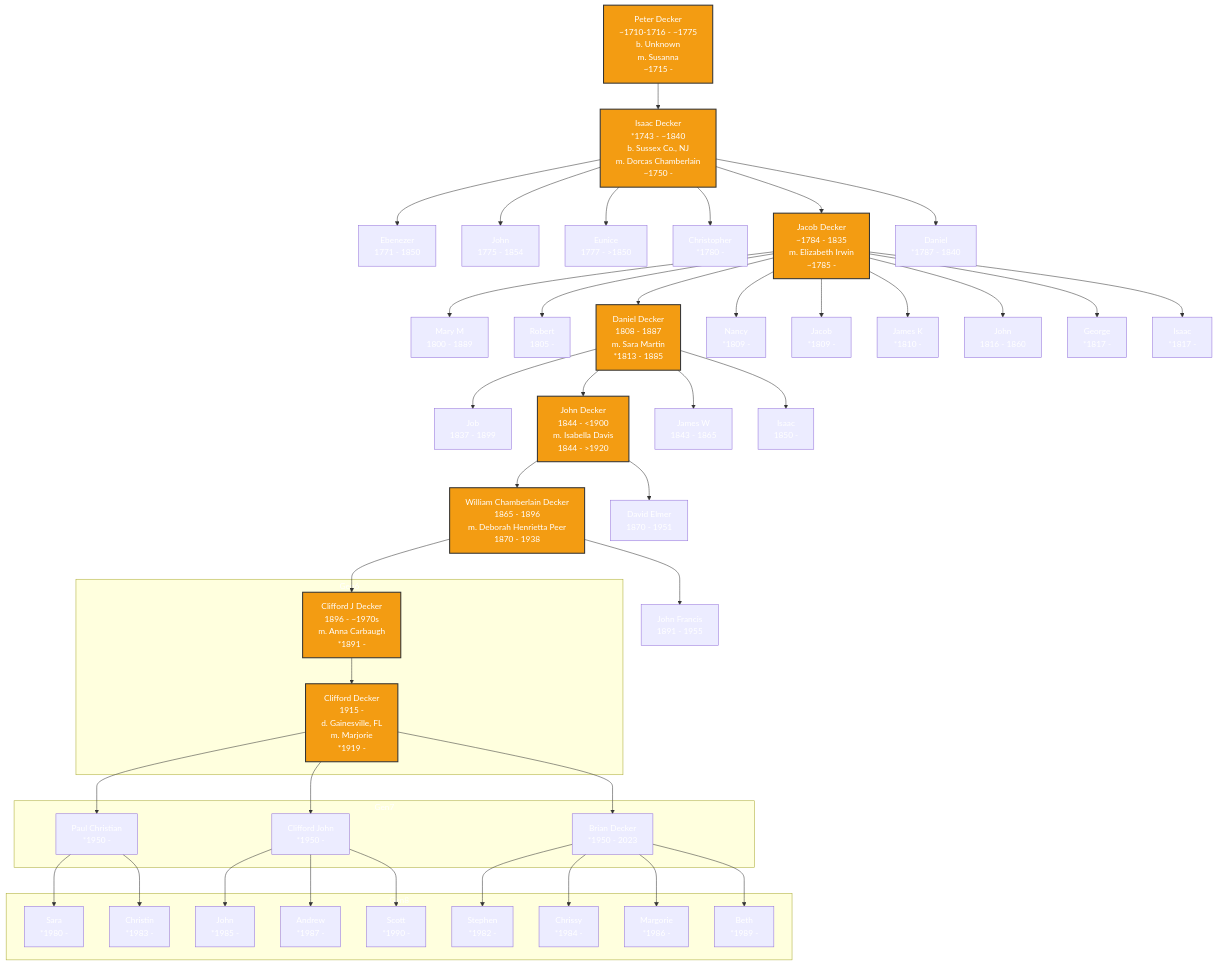
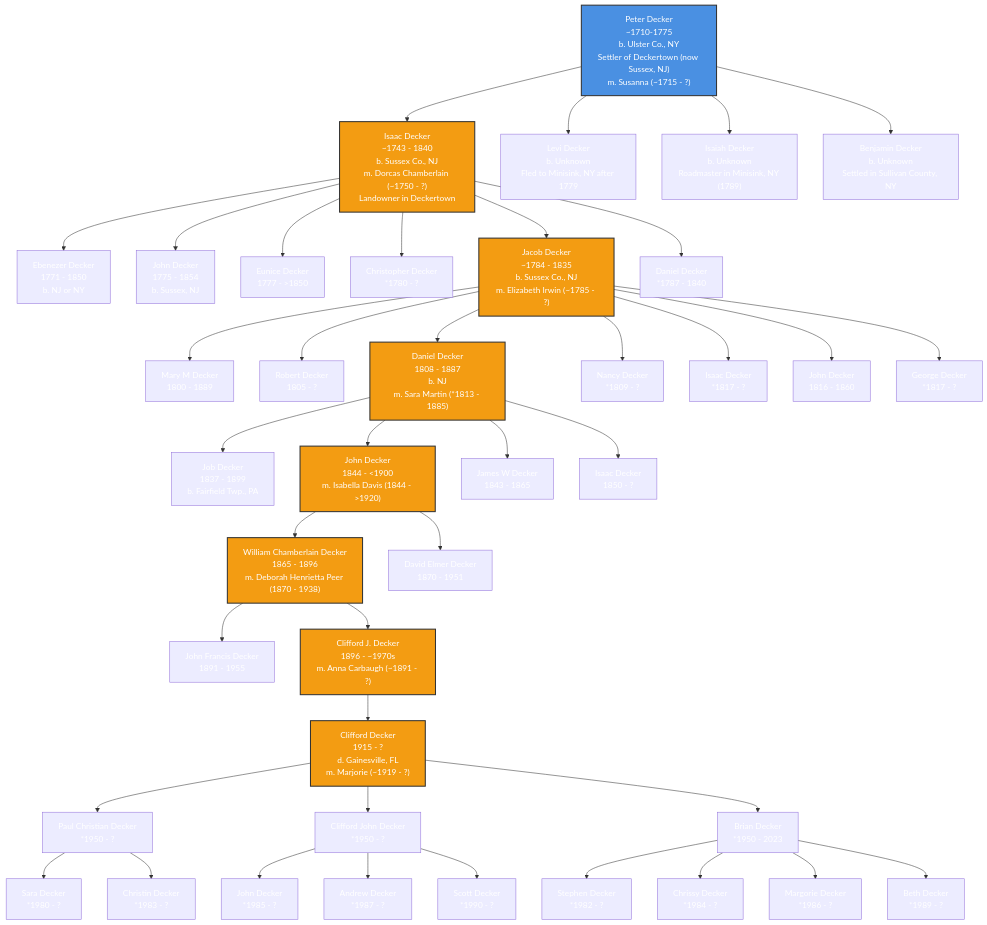
One commit to Deck-J/geneology changed the diagram in README.md. Above: the diagram before and after it, drawn with Mermaid.

````diff
--- a/README.md
+++ b/README.md
@@ -10,112 +10,52 @@
 ```mermaid
 graph TD
-    A["Peter Decker
-~1710-1716 - ~1775
-b. Unknown
-m. Susanna
-~1715 - "]:::direct --> B["Isaac Decker
-*1743 - ~1840
-b. Sussex Co., NJ
-m. Dorcas Chamberlain
-~1750 - "]:::direct
-    B --> C["Ebenezer
-1771 - 1850"]
-    B --> D["John
-1775 - 1854"]
-    B --> E["Eunice
-1777 - >1850"]
-    B --> F["Christopher
-*1780 - "]
-    B --> G["Jacob Decker
-~1784 - 1835
-m. Elizabeth Irwin
-~1785 - "]:::direct
-    B --> H["Daniel
-*1787 - 1840"]
+    A["Peter Decker<br>~1710-1775<br>b. Ulster Co., NY<br>Settler of Deckertown (now Sussex, NJ)<br>m. Susanna (~1715 - ?)"]:::root 
+    A --> B["Isaac Decker<br>~1743 - 1840<br>b. Sussex Co., NJ<br>m. Dorcas Chamberlain (~1750 - ?)<br>Landowner in Deckertown"]:::direct
+    A --> C["Levi Decker<br>b. Unknown<br>Fled to Minisink, NY after 1779"]
+    A --> D["Isaiah Decker<br>b. Unknown<br>Roadmaster in Minisink, NY (1789)"]
+    A --> E["Benjamin Decker<br>b. Unknown<br>Settled in Sullivan County, NY"]
+    
+    B --> F["Ebenezer Decker<br>1771 - 1850<br>b. NJ or NY"]
+    B --> G["John Decker<br>1775 - 1854<br>b. Sussex, NJ"]
+    B --> H["Eunice Decker<br>1777 - >1850"]
+    B --> I["Christopher Decker<br>*1780 - ?"]
+    B --> J["Jacob Decker<br>~1784 - 1835<br>b. Sussex Co., NJ<br>m. Elizabeth Irwin (~1785 - ?)"]:::direct
+    B --> K["Daniel Decker<br>*1787 - 1840"]
 
-    G --> I["Mary M
-1800 - 1889"]
-    G --> J["Robert
-1805 - "]
-    G --> K["Daniel Decker
-1808 - 1887
-m. Sara Martin
-*1813 - 1885"]:::direct
-    G --> L["Nancy
-*1809 - "]
-    G --> M["Jacob
-*1809 - "]
-    G --> N["James K
-*1810 - "]
-    G --> O["John
-1816 - 1860"]
-    G --> P["George
-*1817 - "]
-    G --> Q["Isaac
-*1817 - "]
+    J --> L["Mary M Decker<br>1800 - 1889"]
+    J --> M["Robert Decker<br>1805 - ?"]
+    J --> N["Daniel Decker<br>1808 - 1887<br>b. NJ<br>m. Sara Martin (*1813 - 1885)"]:::direct
+    J --> O["Nancy Decker<br>*1809 - ?"]
+    J --> P["Isaac Decker<br>*1817 - ?"]
+    J --> Q["John Decker<br>1816 - 1860"]
+    J --> R["George Decker<br>*1817 - ?"]
 
-    K --> R["Job
-1837 - 1899"]
-    K --> S["John Decker
-1844 - <1900
-m. Isabella Davis
-1844 - >1920"]:::direct
-    K --> T["James W
-1843 - 1865"]
-    K --> U["Isaac
-1850 - "]
+    N --> S["Job Decker<br>1837 - 1899<br>b. Fairfield Twp., PA"]
+    N --> T["John Decker<br>1844 - <1900<br>m. Isabella Davis (1844 - >1920)"]:::direct
+    N --> U["James W Decker<br>1843 - 1865"]
+    N --> V["Isaac Decker<br>1850 - ?"]
 
-    S --> V["William Chamberlain Decker
-1865 - 1896
-m. Deborah Henrietta Peer
-1870 - 1938"]:::direct
-    S --> W["David Elmer
-1870 - 1951"]
+    T --> W["William Chamberlain Decker<br>1865 - 1896<br>m. Deborah Henrietta Peer (1870 - 1938)"]:::direct
+    T --> X["David Elmer Decker<br>1870 - 1951"]
 
-    V --> X["John Francis
-1891 - 1955"]
-    V --> Y["Clifford J Decker
-1896 - ~1970s
-m. Anna Carbaugh
-*1891 - "]:::direct
+    W --> Y["John Francis Decker<br>1891 - 1955"]
+    W --> Z["Clifford J. Decker<br>1896 - ~1970s<br>m. Anna Carbaugh (~1891 - ?)"]:::direct
 
-    subgraph Gen6
-        Y --> Z["Clifford Decker
-1915 - 
-d. Gainesville, FL
-m. Marjorie
-*1919 - "]:::direct
-    end
+    Z --> Z1["Clifford Decker<br>1915 - ?<br>d. Gainesville, FL<br>m. Marjorie (~1919 - ?)"]:::direct
 
-    subgraph Gen7
-        Z --> Z1["Paul Christian
-*1950 - "]
-        Z --> Z2["Clifford John
-*1950 - "]
-        Z --> Z3["Brian Decker
-*1950 - 2023"]
-    end
+    Z1 --> AA["Paul Christian Decker<br>*1950 - ?"]
+    Z1 --> AB["Clifford John Decker<br>*1950 - ?"]
+    Z1 --> AC["Brian Decker<br>*1950 - 2023"]
 
-    subgraph Gen8
-        Z1 --> AA["Sara
-*1980 - "]
-        Z1 --> AB["Christin
-*1983 - "]
-        Z2 --> AC["John
-*1985 - "]
-        Z2 --> AD["Andrew
-*1987 - "]
-        Z2 --> AE["Scott
-*1990 - "]
-        Z3 --> AF["Stephen
-*1982 - "]
-        Z3 --> AG["Chrissy
-*1984 - "]
-        Z3 --> AH["Margorie
-*1986 - "]
-        Z3 --> AI["Beth
-*1989 - "]
-    end
+    AA --> AD["Sara Decker<br>*1980 - ?"]
+    AA --> AE["Christin Decker<br>*1983 - ?"]
+    AB --> AF["John Decker<br>*1985 - ?"]
+    AB --> AG["Andrew Decker<br>*1987 - ?"]
+    AB --> AH["Scott Decker<br>*1990 - ?"]
+    AC --> AI["Stephen Decker<br>*1982 - ?"]
+    AC --> AJ["Chrissy Decker<br>*1984 - ?"]
+    AC --> AK["Margorie Decker<br>*1986 - ?"]
+    AC --> AL["Beth Decker<br>*1989 - ?"]
 
     classDef root fill:#4A90E2,stroke:#333,stroke-width:2px,color:#FFF;
     classDef direct fill:#F39C12,stroke:#333,stroke-width:2px,color:#FFF;
````
